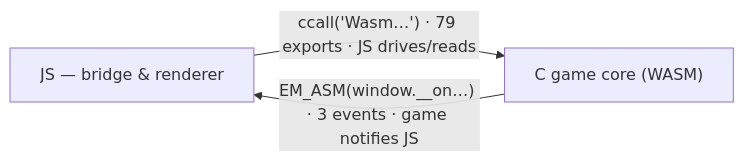
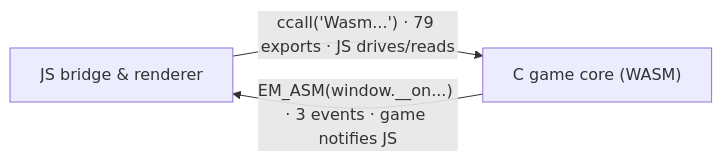
The diagram in docs/hooks/overview.md (drizztdourden08/relic-of-the-past), drawn with Mermaid before and after one commit. The commit also changed other lines of this file and 2120 other files, not shown here.

````diff
--- a/docs/hooks/overview.md
+++ b/docs/hooks/overview.md
@@ -13,7 +13,7 @@
 ```mermaid
 flowchart LR
-    JS["JS — bridge & renderer"]
+    JS["JS bridge & renderer"]
     C["C game core (WASM)"]
-    JS -->|"ccall('Wasm…') · 79 exports · JS drives/reads"| C
-    C -->|"EM_ASM(window.__on…) · 3 events · game notifies JS"| JS
+    JS -->|"ccall('Wasm...') · 79 exports · JS drives/reads"| C
+    C -->|"EM_ASM(window.__on...) · 3 events · game notifies JS"| JS
 ```
````
